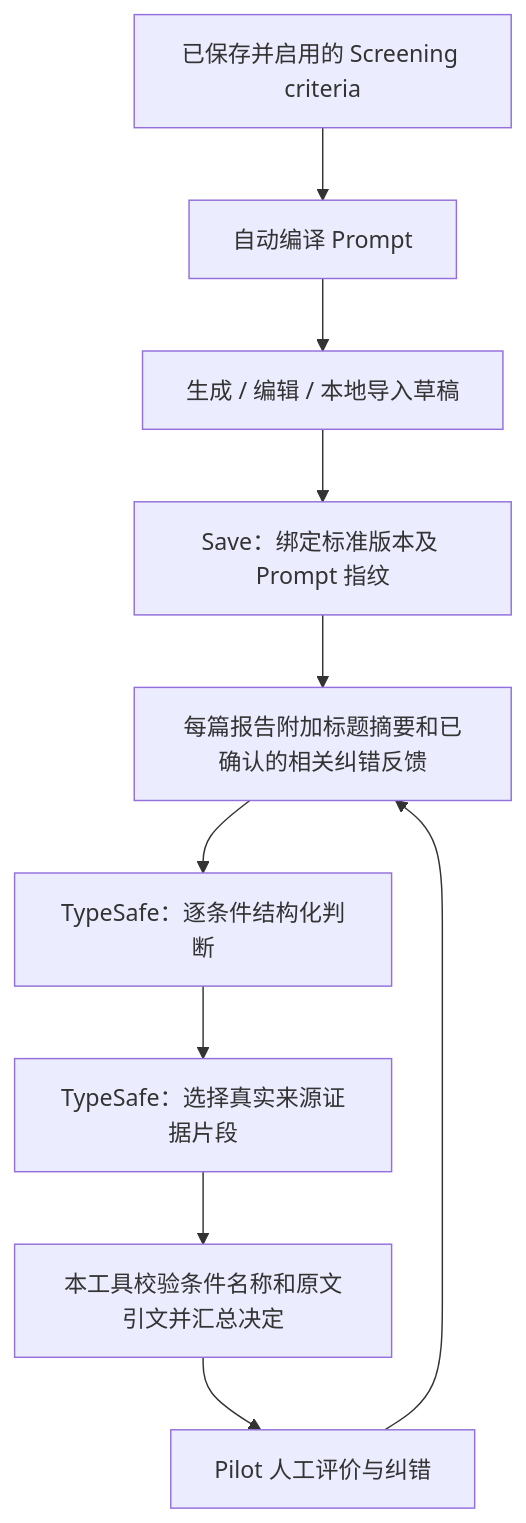
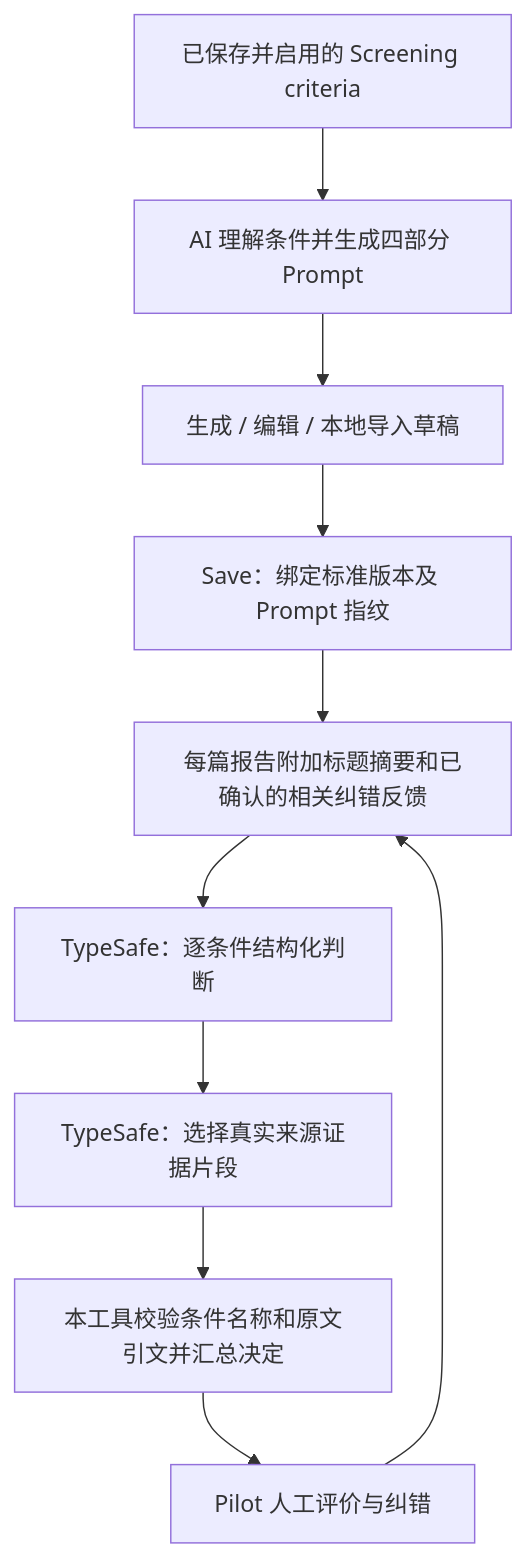
The diagram in docs/PILOT_SCREENING_PROMPT.md (AIM-STEP/living-evidence), drawn with Mermaid before and after one commit. The commit also changed other lines of this file and 7 other files, not shown here.

````diff
--- a/docs/PILOT_SCREENING_PROMPT.md
+++ b/docs/PILOT_SCREENING_PROMPT.md
@@ -38,12 +41,12 @@
 ```mermaid
 flowchart TD
-  A[已保存并启用的 Screening criteria] --> B[自动编译 Prompt]
+  A[已保存并启用的 Screening criteria] --> B[AI 理解条件并生成四部分 Prompt]
   B --> C[生成 / 编辑 / 本地导入草稿]
   C --> D[Save：绑定标准版本及 Prompt 指纹]
   D --> E[每篇报告附加标题摘要和已确认的相关纠错反馈]
   E --> F[TypeSafe：逐条件结构化判断]
   F --> G[TypeSafe：选择真实来源证据片段]
   G --> H[本工具校验条件名称和原文引文并汇总决定]
   H --> I[Pilot 人工评价与纠错]
   I --> E
 ```
````
